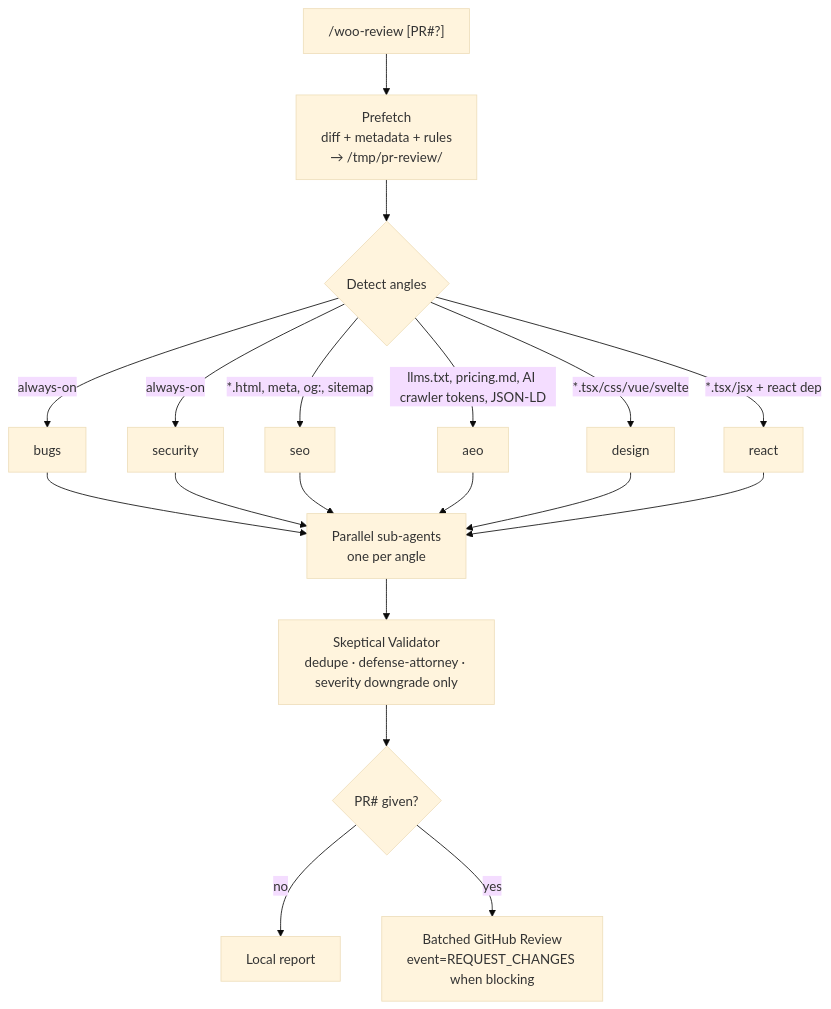
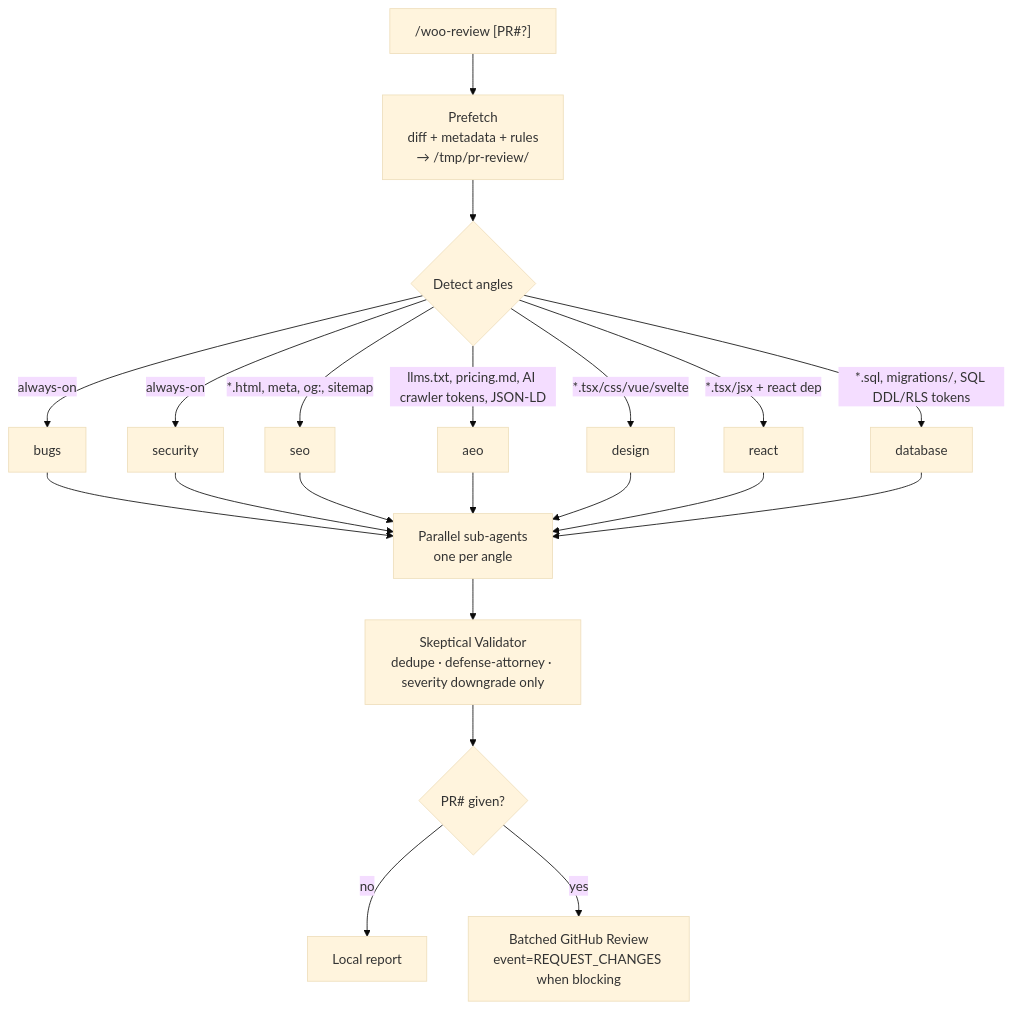
One commit to howarewoo/woo-review changed the diagram in README.md. Above: the diagram before and after it, drawn with Mermaid (base theme). The commit also changed other lines of this file and 7 other files, not shown here.

First line of the commit message:
feat(skill): add database review angle (Supabase Postgres rubric)

````diff
--- a/README.md
+++ b/README.md
@@ -34,16 +34,17 @@
 ```mermaid
 flowchart TD
     A["/woo-review [PR#?]"] --> B[Prefetch<br/>diff + metadata + rules<br/>→ /tmp/pr-review/]
     B --> C{Detect angles}
     C -->|always-on| D1[bugs]
     C -->|always-on| D2[security]
     C -->|*.html, meta, og:, sitemap| D3[seo]
     C -->|llms.txt, pricing.md, AI crawler tokens, JSON-LD| D3a[aeo]
     C -->|*.tsx/css/vue/svelte| D4[design]
     C -->|*.tsx/jsx + react dep| D6[react]
-    D1 & D2 & D3 & D3a & D4 & D6 --> E[Parallel sub-agents<br/>one per angle]
+    C -->|*.sql, migrations/, SQL DDL/RLS tokens| D7[database]
+    D1 & D2 & D3 & D3a & D4 & D6 & D7 --> E[Parallel sub-agents<br/>one per angle]
     E --> F[Skeptical Validator<br/>dedupe · defense-attorney · severity downgrade only]
     F --> G{PR# given?}
     G -->|no| H[Local report]
     G -->|yes| I[Batched GitHub Review<br/>event=REQUEST_CHANGES when blocking]
 ```
````
